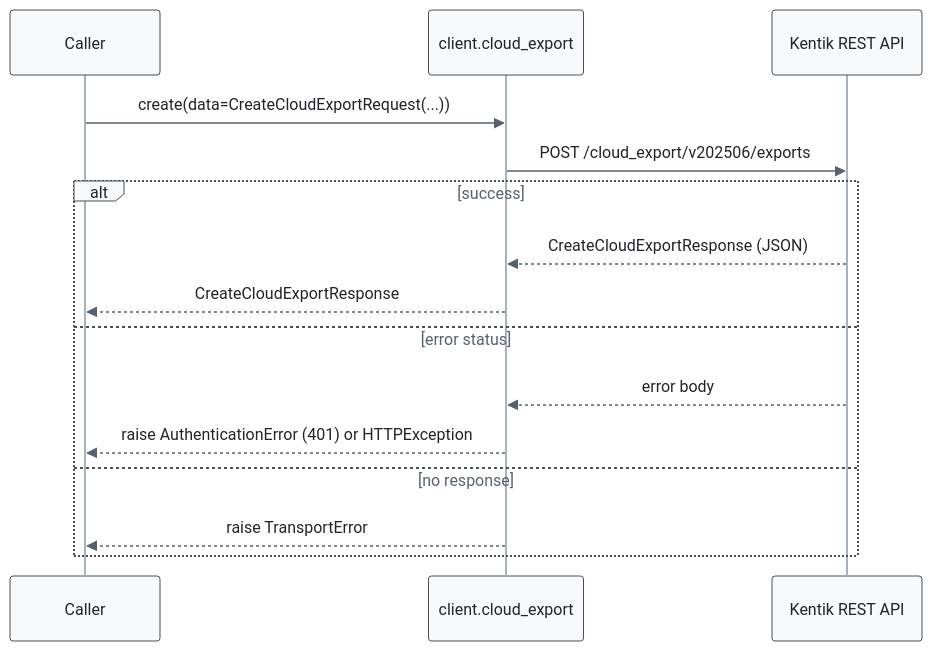
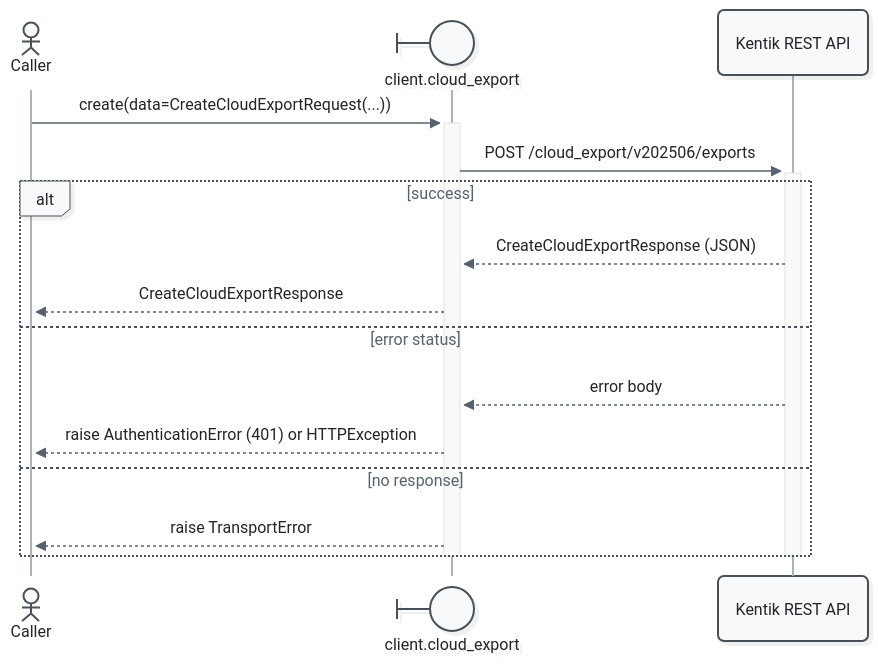
The third of 11 diagrams in docs/sphinx/services/cloud_export.md (alexdearaujo/community_sdk_python), drawn with Mermaid before and after one commit. The commit also changed other lines of this file and 52 other files, not shown here.

First line of the commit message:
docs: Mermaid 12 sequence diagrams with participant types and path colors

````diff
--- a/docs/sphinx/services/cloud_export.md
+++ b/docs/sphinx/services/cloud_export.md
@@ -103,19 +108,21 @@
 ```mermaid
-%%{init: {"theme": "base", "fontFamily": "ui-monospace, SFMono-Regular, Menlo, monospace", "themeVariables": {"fontFamily": "ui-monospace, SFMono-Regular, Menlo, monospace", "primaryColor": "#f8f9fa", "primaryBorderColor": "#495057", "primaryTextColor": "#212529", "textColor": "#212529", "lineColor": "#77818c", "edgeLabelBackground": "#ffffff", "actorBkg": "#f8f9fa", "actorBorder": "#495057", "actorTextColor": "#212529", "actorLineColor": "#a9b3be", "signalColor": "#57616d", "signalTextColor": "#212529", "labelBoxBkgColor": "#f8f9fa", "labelBoxBorderColor": "#495057", "labelTextColor": "#212529", "loopTextColor": "#57616d", "noteBkgColor": "#fff9db", "noteBorderColor": "#f08c00", "noteTextColor": "#a35a00"}, "flowchart": {"curve": "step", "nodeSpacing": 30, "rankSpacing": 70, "wrappingWidth": 400}}}%%
+%%{init: {"theme": "redux", "look": "neo", "layout": "dagre", "fontFamily": "ui-monospace, SFMono-Regular, Menlo, monospace", "themeVariables": {"fontFamily": "ui-monospace, SFMono-Regular, Menlo, monospace", "primaryColor": "#f8f9fa", "primaryBorderColor": "#495057", "primaryTextColor": "#212529", "textColor": "#212529", "lineColor": "#77818c", "edgeLabelBackground": "#ffffff", "actorBkg": "#f8f9fa", "actorBorder": "#495057", "actorTextColor": "#212529", "actorLineColor": "#a9b3be", "signalColor": "#57616d", "signalTextColor": "#212529", "labelBoxBkgColor": "#f8f9fa", "labelBoxBorderColor": "#495057", "labelTextColor": "#212529", "loopTextColor": "#57616d", "noteBkgColor": "#fff9db", "noteBorderColor": "#f08c00", "noteTextColor": "#a35a00"}, "sequence": {"activationWidth": 16}, "flowchart": {"curve": "step", "nodeSpacing": 30, "rankSpacing": 70, "wrappingWidth": 400}}}%%
 sequenceDiagram
-    participant C as Caller
-    participant W as client.cloud_export
+    actor C as Caller
+    participant W@{ "type": "boundary" } as client.cloud_export
     participant API as Kentik REST API
 
-    C->>W: create(data=CreateCloudExportRequest(...))
-    W->>API: POST /cloud_export/v202506/exports
+    C->>+W: create(data=CreateCloudExportRequest(...))
+    W->>+API: POST /cloud_export/v202506/exports
     alt success
         API-->>W: CreateCloudExportResponse (JSON)
         W-->>C: CreateCloudExportResponse
     else error status
         API-->>W: error body
         W-->>C: raise AuthenticationError (401) or HTTPException
     else no response
         W-->>C: raise TransportError
     end
+    deactivate API
+    deactivate W
 ```
````
